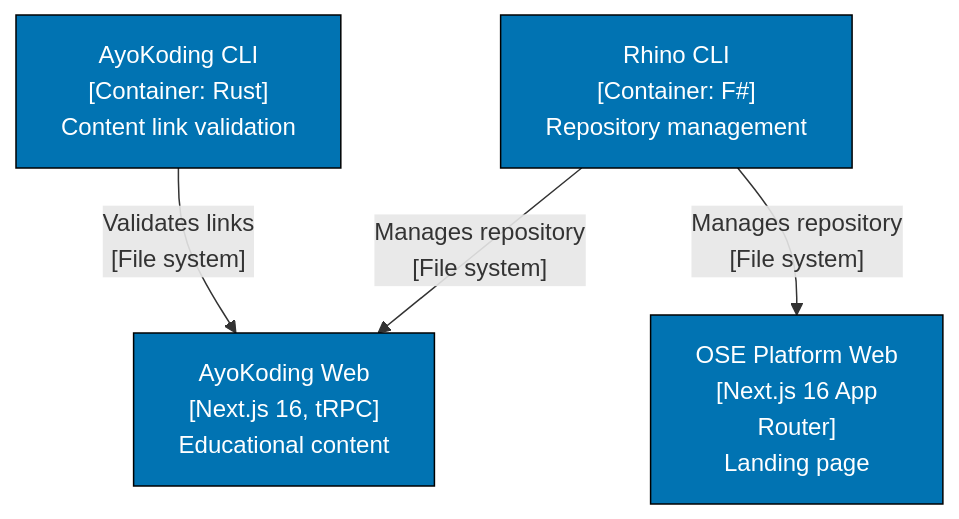
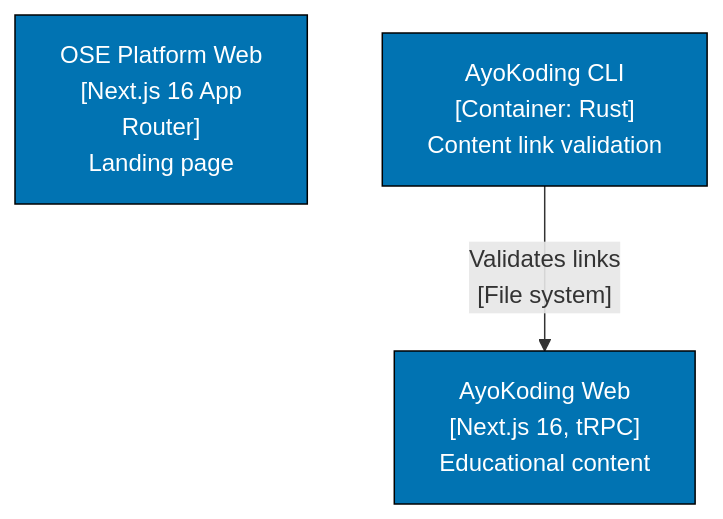
One commit to wahidyankf/ose-public changed the first of 3 diagrams in docs/explanation/software-engineering/architecture/c4-architecture-model/nx-workspace-visualization.md. Above: the diagram before and after it, drawn with Mermaid. The commit also changed other lines of this file and 1105 other files, not shown here.

````diff
--- a/docs/explanation/software-engineering/architecture/c4-architecture-model/nx-workspace-visualization.md
+++ b/docs/explanation/software-engineering/architecture/c4-architecture-model/nx-workspace-visualization.md
@@ -52,15 +51,12 @@
 ```mermaid
 graph TD
     accTitle: Apps → Containers
     accDescr: AyoKoding CLI Container: Rust Content link validation leads to AyoKoding Web Next.js 16, tRPC Educational content via Validates links File system; and 2 more links.
     OseWeb["OSE Platform Web<br/>[Next.js 16 App<br/>Router]<br/>Landing page"]:::blue
     AyoWeb["AyoKoding Web<br/>[Next.js 16, tRPC]<br/>Educational content"]:::blue
     AyoCLI["AyoKoding CLI<br/>[Container: Rust]<br/>Content link validation"]:::blue
-    RhinoCLI["Rhino CLI<br/>[Container: F#]<br/>Repository management"]:::blue
 
     AyoCLI -->|"Validates links<br/>[File system]"| AyoWeb
-    RhinoCLI -->|"Manages repository<br/>[File system]"| OseWeb
-    RhinoCLI -->|"Manages repository<br/>[File system]"| AyoWeb
 
     classDef blue fill:#0173B2,stroke:#000000,color:#FFFFFF
 ```
````
